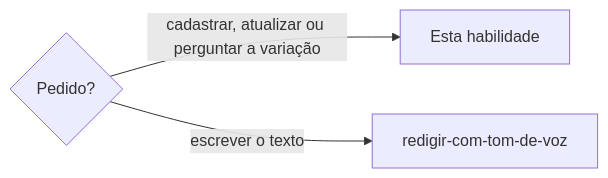
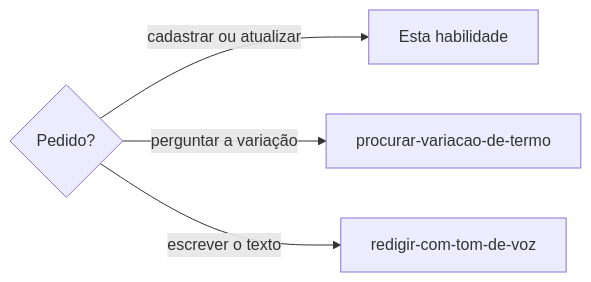
One commit to jimmyandrade/harness changed the diagram in .agents/skills/definir-vocabulario/SKILL.md. Above: the diagram before and after it, drawn with Mermaid. The commit also changed other lines of this file and 5 other files, not shown here.

````diff
--- a/.agents/skills/definir-vocabulario/SKILL.md
+++ b/.agents/skills/definir-vocabulario/SKILL.md
@@ -26,5 +27,6 @@
 ```mermaid
 flowchart LR
-  A{Pedido?} -->|cadastrar, atualizar ou perguntar a variação| B[Esta habilidade]
+  A{Pedido?} -->|cadastrar ou atualizar| B[Esta habilidade]
+  A -->|perguntar a variação| D[procurar-variacao-de-termo]
   A -->|escrever o texto| C[redigir-com-tom-de-voz]
 ```
````
